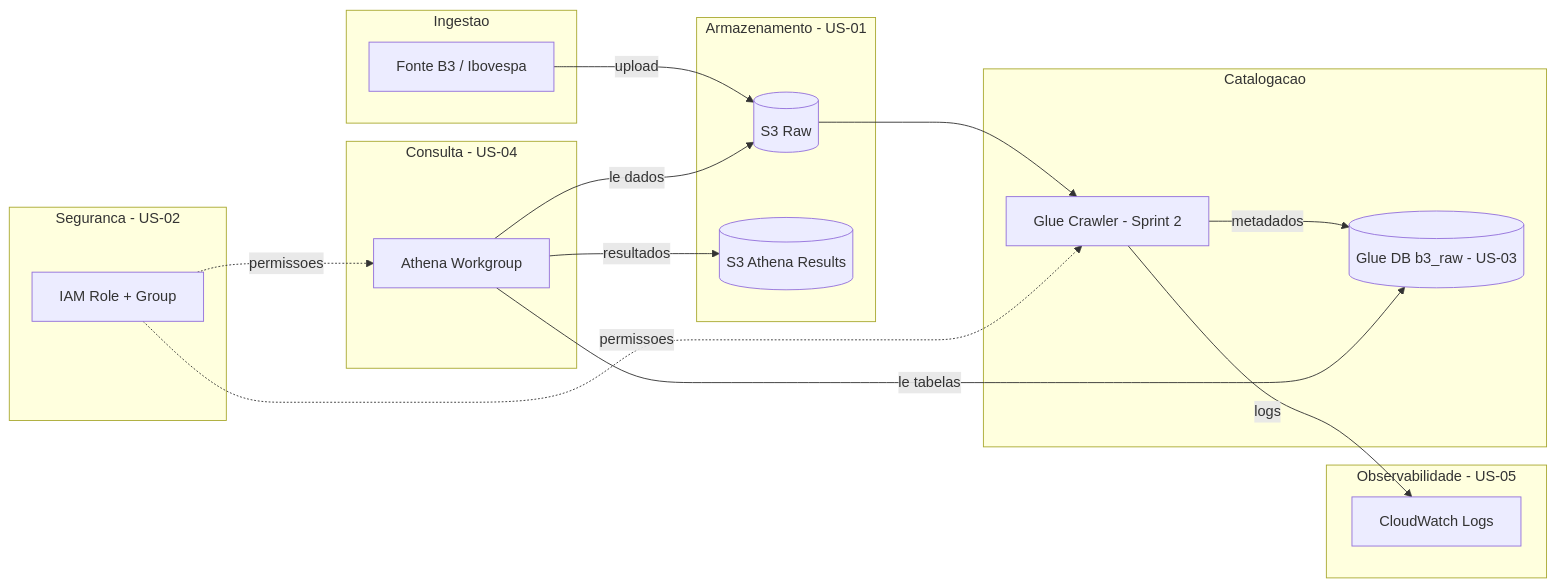
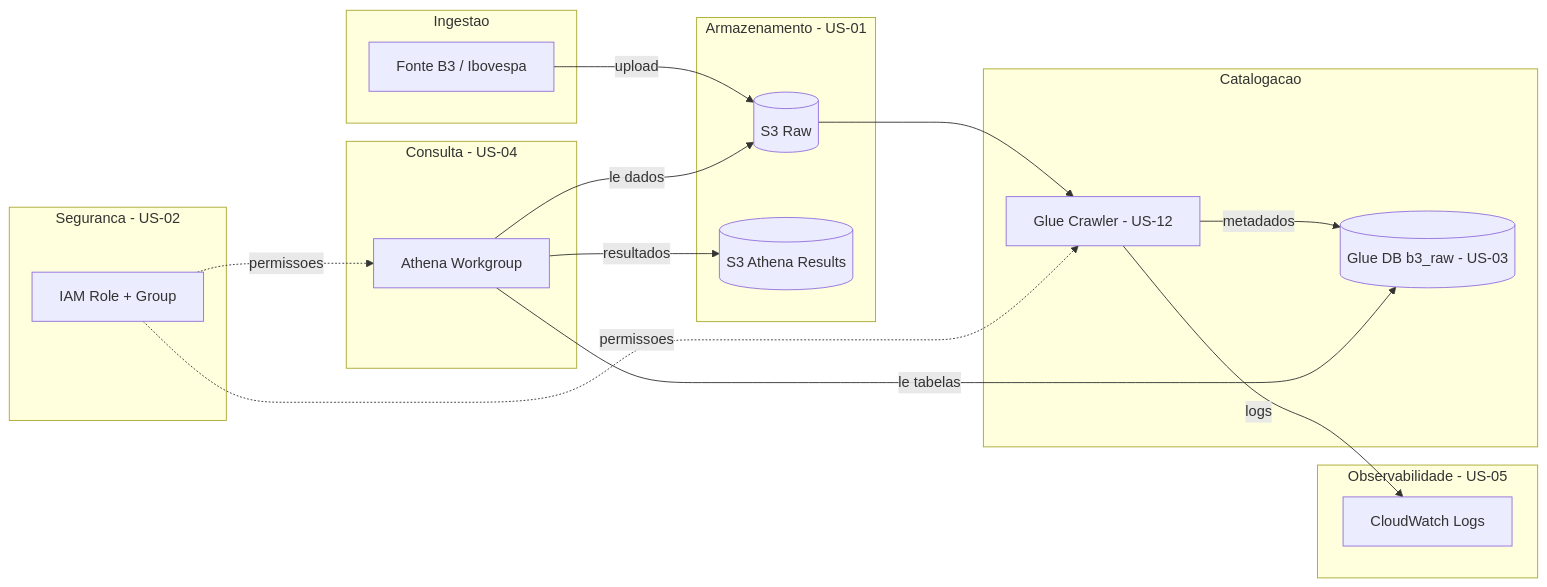
Before and after one commit to welligtoncos/glue-b3-pipeline: the diagram in docs/architecture.md, drawn with Mermaid. The commit also changed other lines of this file and 11 other files, not shown here.

First line of the commit message:
feat: add US-12 Glue Crawler and fix Hive duplicate ticker column

````diff
--- a/docs/architecture.md
+++ b/docs/architecture.md
@@ -7,38 +18,38 @@
 ```mermaid
 flowchart LR
     subgraph ingestao [Ingestao]
         SRC[Fonte B3 / Ibovespa]
     end
 
     subgraph storage [Armazenamento - US-01]
         RAW[(S3 Raw)]
         RESULTS[(S3 Athena Results)]
     end
 
     subgraph security [Seguranca - US-02]
         IAM[IAM Role + Group]
     end
 
     subgraph catalog [Catalogacao]
         DB[(Glue DB b3_raw - US-03)]
-        CRAWLER[Glue Crawler - Sprint 2]
+        CRAWLER[Glue Crawler - US-12]
     end
 
     subgraph query [Consulta - US-04]
         ATHENA[Athena Workgroup]
     end
 
     subgraph obs [Observabilidade - US-05]
         CW[CloudWatch Logs]
     end
 
     SRC -->|upload| RAW
     RAW --> CRAWLER
     CRAWLER -->|metadados| DB
     CRAWLER -->|logs| CW
     ATHENA -->|le tabelas| DB
     ATHENA -->|le dados| RAW
     ATHENA -->|resultados| RESULTS
     IAM -.->|permissoes| CRAWLER
     IAM -.->|permissoes| ATHENA
 ```
````
